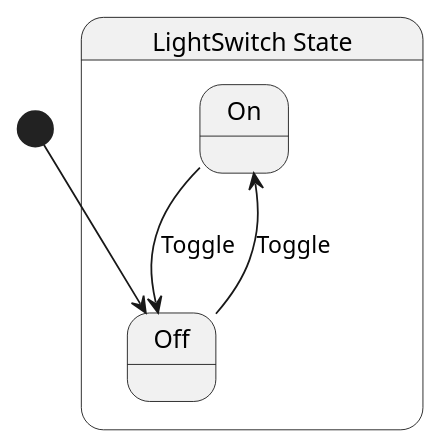
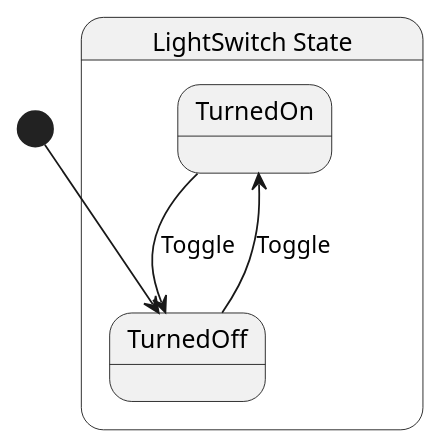
The diagram in Chickensoft.LogicBlocks.Generator.Tests/test_cases/LightSwitch.g.puml (chickensoft-games/LogicBlocks), drawn with PlantUML before and after one commit. The commit also changed 53 other files, not shown here.

```diff
--- a/Chickensoft.LogicBlocks.Generator.Tests/test_cases/LightSwitch.g.puml
+++ b/Chickensoft.LogicBlocks.Generator.Tests/test_cases/LightSwitch.g.puml
@@ -1,11 +1,11 @@
 @startuml LightSwitch
 state "LightSwitch State" as Chickensoft_LogicBlocks_Generator_Tests_LightSwitch_State {
-  state "On" as Chickensoft_LogicBlocks_Generator_Tests_LightSwitch_State_On
-  state "Off" as Chickensoft_LogicBlocks_Generator_Tests_LightSwitch_State_Off
+  state "TurnedOn" as Chickensoft_LogicBlocks_Generator_Tests_LightSwitch_State_TurnedOn
+  state "TurnedOff" as Chickensoft_LogicBlocks_Generator_Tests_LightSwitch_State_TurnedOff
 }
 
-Chickensoft_LogicBlocks_Generator_Tests_LightSwitch_State_Off --> Chickensoft_LogicBlocks_Generator_Tests_LightSwitch_State_On : Toggle
-Chickensoft_LogicBlocks_Generator_Tests_LightSwitch_State_On --> Chickensoft_LogicBlocks_Generator_Tests_LightSwitch_State_Off : Toggle
+Chickensoft_LogicBlocks_Generator_Tests_LightSwitch_State_TurnedOff --> Chickensoft_LogicBlocks_Generator_Tests_LightSwitch_State_TurnedOn : Toggle
+Chickensoft_LogicBlocks_Generator_Tests_LightSwitch_State_TurnedOn --> Chickensoft_LogicBlocks_Generator_Tests_LightSwitch_State_TurnedOff : Toggle
 
-[*] --> Chickensoft_LogicBlocks_Generator_Tests_LightSwitch_State_Off
+[*] --> Chickensoft_LogicBlocks_Generator_Tests_LightSwitch_State_TurnedOff
 @enduml
```
